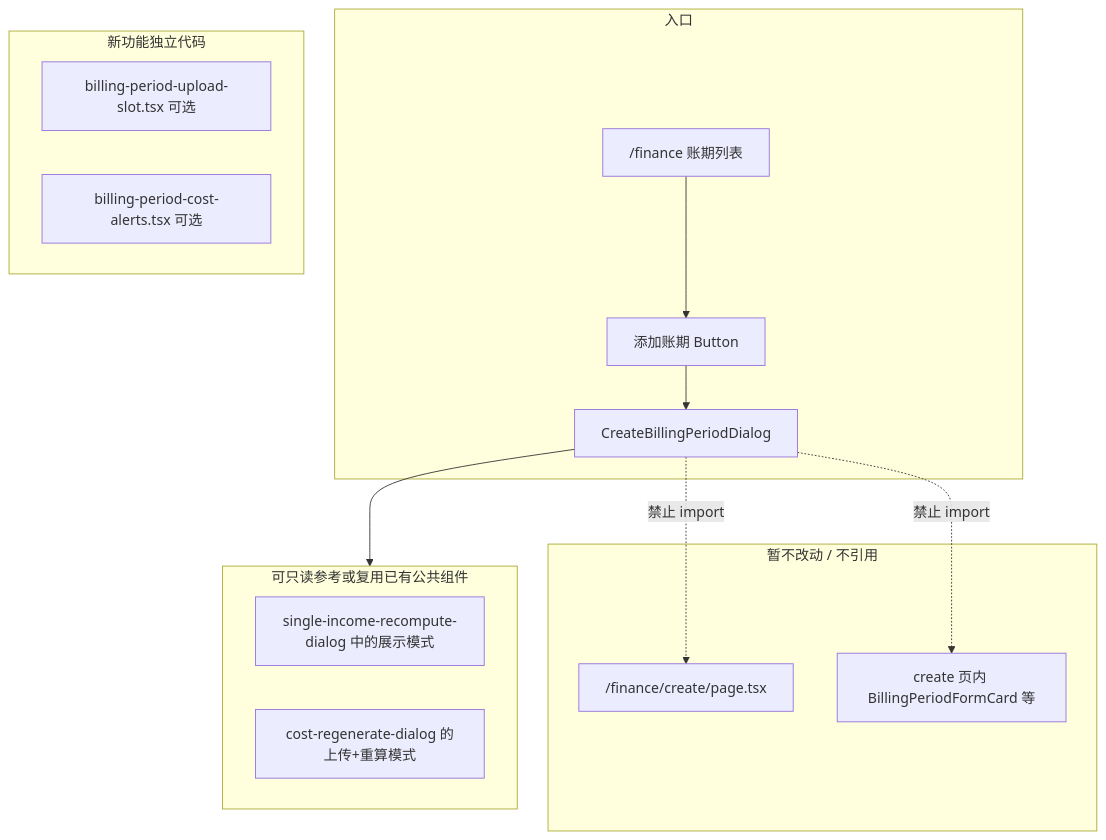
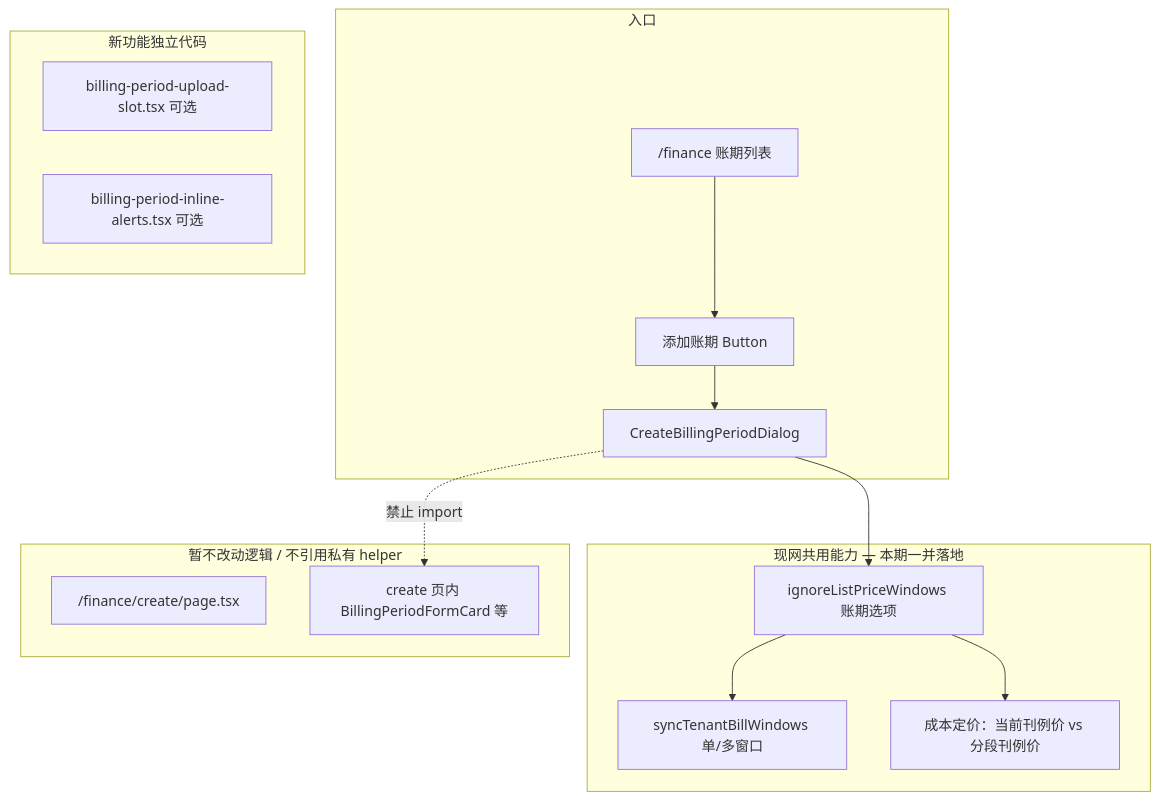
Before and after one commit to metacode0602/opencomfy-hub: the first of 2 diagrams in apps/web/content/design/finance-create-billing-period-dialog-plan.md, drawn with Mermaid. The commit also changed other lines of this file and 19 other files, not shown here.

Commit message:
feat(apps-web): finish tenant import

````diff
--- a/apps/web/content/design/finance-create-billing-period-dialog-plan.md
+++ b/apps/web/content/design/finance-create-billing-period-dialog-plan.md
@@ -47,29 +47,31 @@
 ```mermaid
 flowchart TB
   subgraph entry [入口]
     L["/finance 账期列表"]
     B["添加账期 Button"]
     D["CreateBillingPeriodDialog"]
   end
 
+  subgraph platform [现网共用能力 — 本期一并落地]
+    OPT["ignoreListPriceWindows 账期选项"]
+    SYNC["syncTenantBillWindows 单/多窗口"]
+    PRICE["成本定价：当前刊例价 vs 分段刊例价"]
+  end
+
   subgraph isolated [新功能独立代码]
     D
     U["billing-period-upload-slot.tsx 可选"]
-    V["billing-period-cost-alerts.tsx 可选"]
+    V["billing-period-inline-alerts.tsx 可选"]
   end
 
-  subgraph legacy [暂不改动 / 不引用]
+  subgraph legacy [暂不改动逻辑 / 不引用私有 helper]
     C["/finance/create/page.tsx"]
     CHelpers["create 页内 BillingPeriodFormCard 等"]
   end
 
-  subgraph reuse [可只读参考或复用已有公共组件]
-    SIR["single-income-recompute-dialog 中的展示模式"]
-    CRD["cost-regenerate-dialog 的上传+重算模式"]
-  end
-
   L --> B --> D
-  D -.->|禁止 import| C
+  D --> OPT
+  OPT --> SYNC
+  OPT --> PRICE
   D -.->|禁止 import| CHelpers
-  D --> reuse
 ```
````
